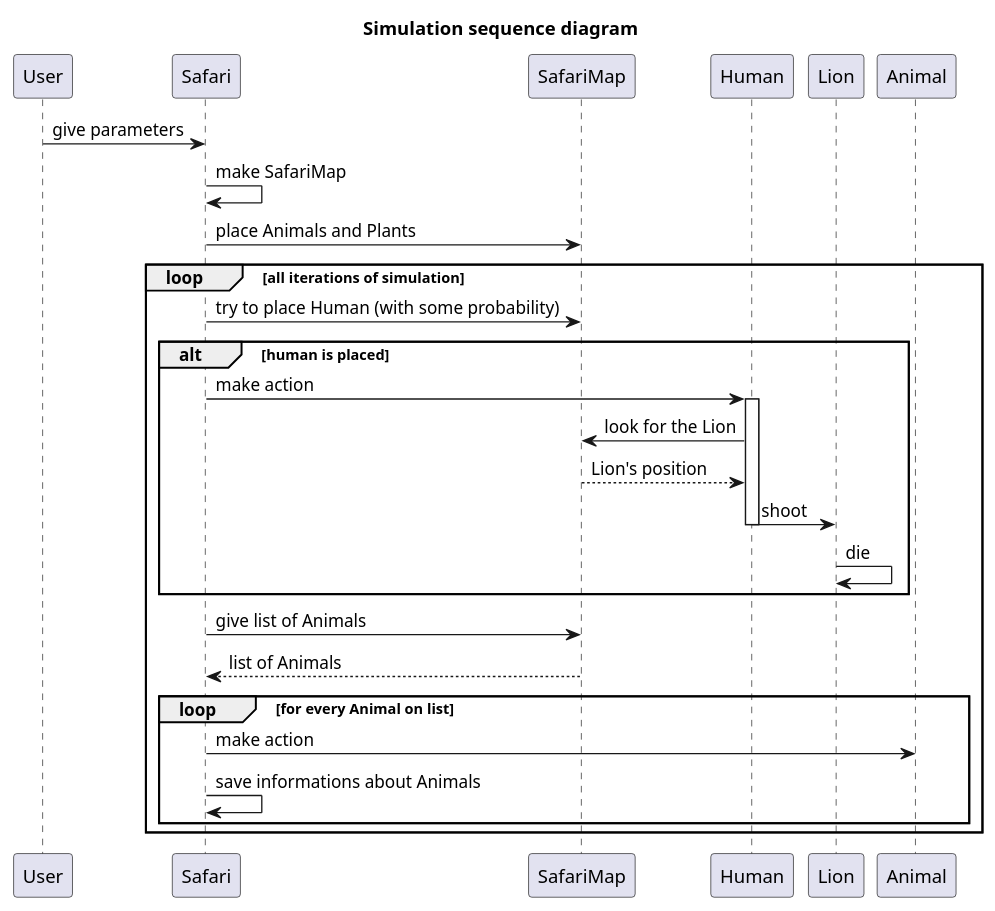
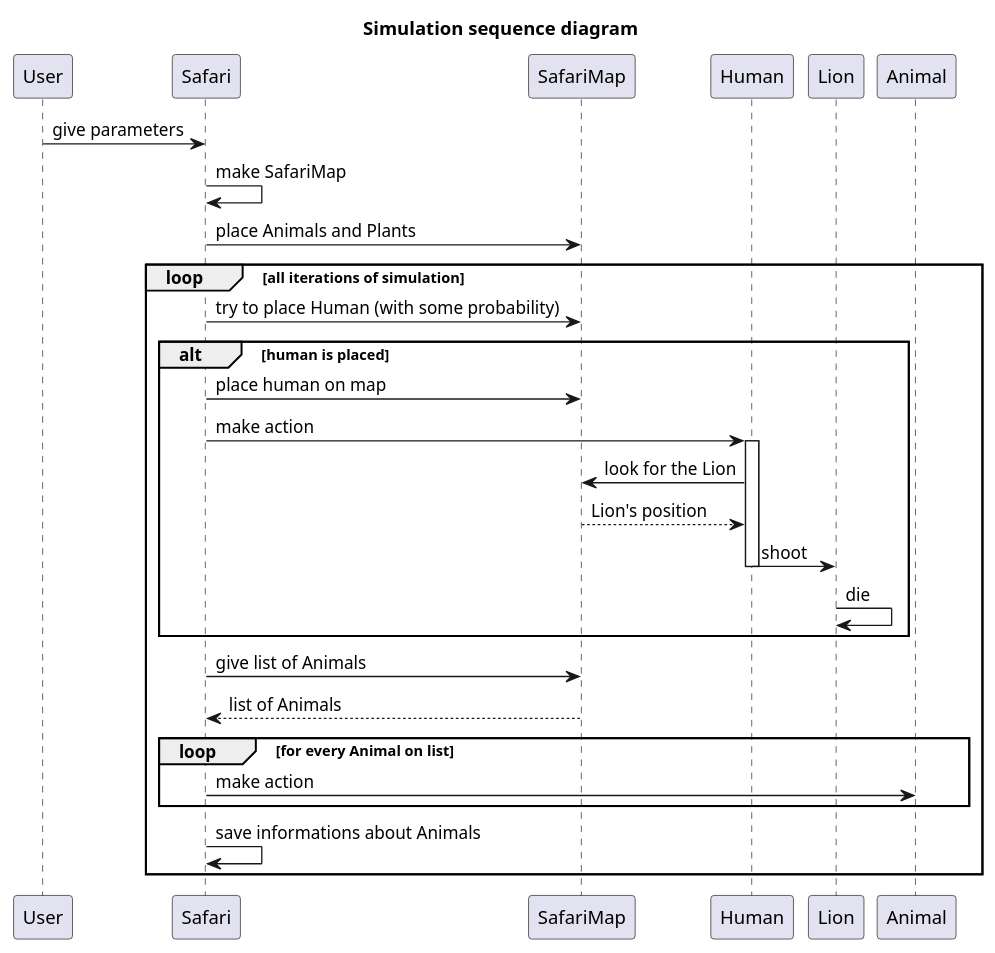
One commit to Karolina606/Safari changed the diagram in doc/diagrams/puml/sequenceDiagram.puml. Above: the diagram before and after it, drawn with PlantUML. The commit also changed 6 other files, not shown here.

Commit message:
modify sequence diagrams and README.md

```diff
--- a/doc/diagrams/puml/sequenceDiagram.puml
+++ b/doc/diagrams/puml/sequenceDiagram.puml
@@ -1,24 +1,25 @@
 @startuml
 title Simulation sequence diagram
 User -> Safari: give parameters
 Safari -> Safari: make SafariMap
 Safari -> SafariMap: place Animals and Plants
 loop all iterations of simulation
    Safari -> SafariMap: try to place Human (with some probability)
    alt human is placed
+        Safari -> SafariMap: place human on map
         Safari -> Human: make action
         activate Human
         Human -> SafariMap: look for the Lion
         SafariMap --> Human: Lion's position
         Human -> Lion: shoot
         deactivate Human
         Lion -> Lion: die
    end
    Safari -> SafariMap: give list of Animals
    SafariMap --> Safari: list of Animals
    loop for every Animal on list
        Safari -> Animal: make action
-       Safari -> Safari: save informations about Animals
    end
+    Safari -> Safari: save informations about Animals
 end
 @enduml
```
